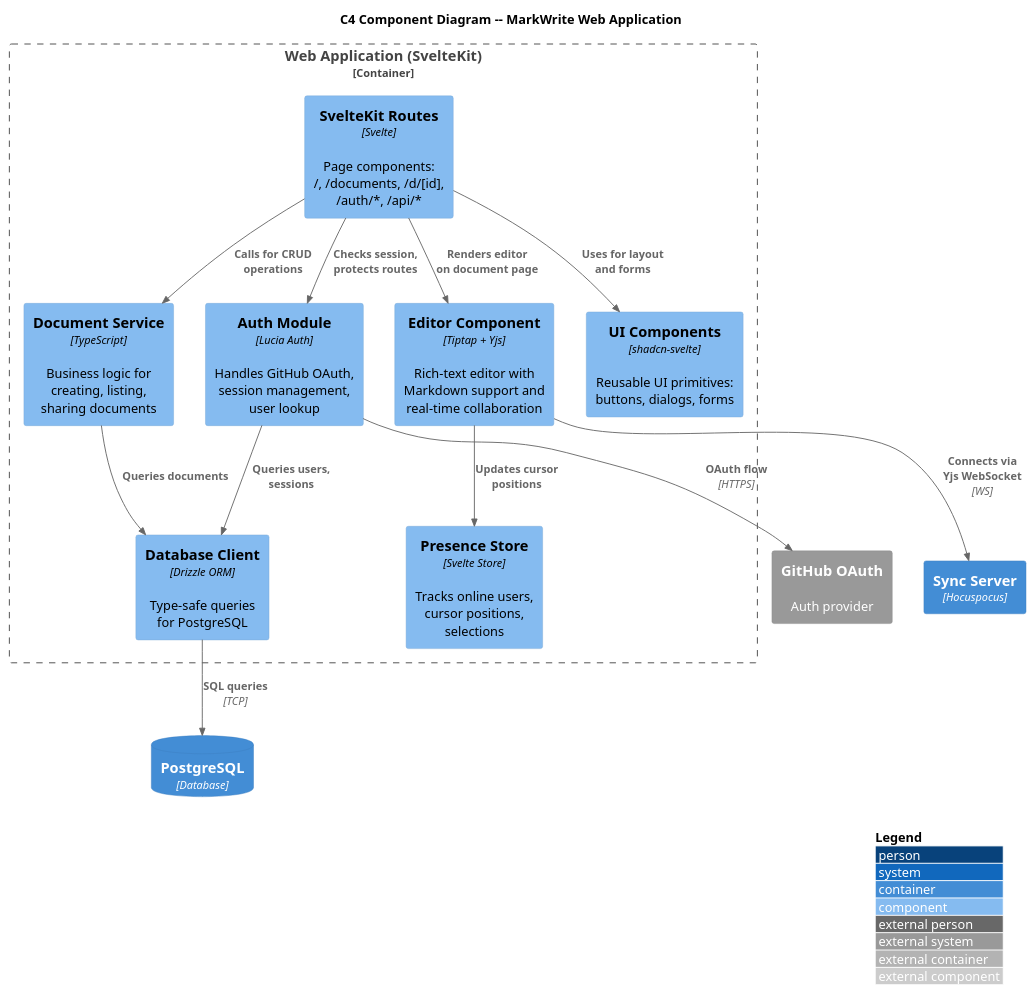
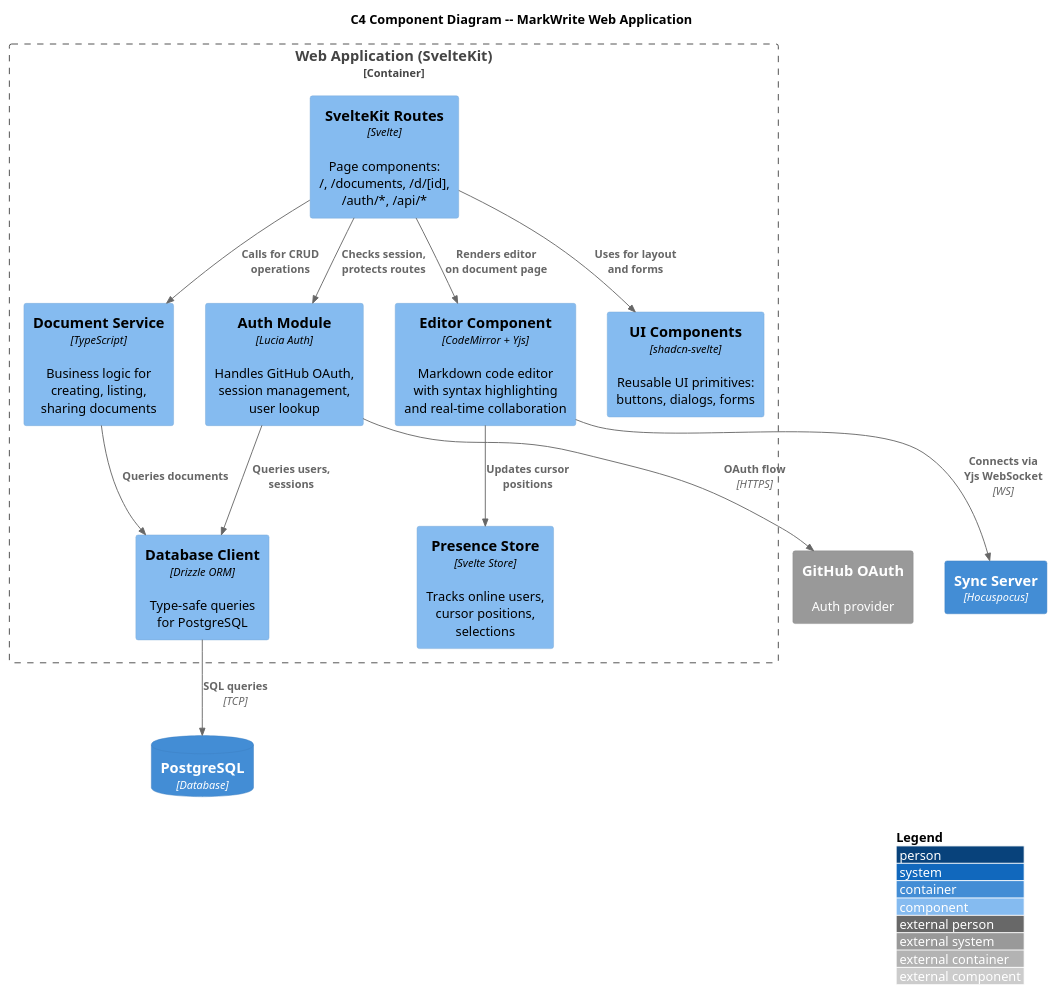
The diagram in docs/diagrams/c4_component_web.puml (AuraEG/markwrite), drawn with PlantUML before and after one commit. The commit also changed 2 other files, not shown here.

Commit message:
docs: update tech stack from Tiptap to CodeMirror
- Update project-spec.md with CodeMirror + marked stack
- Update C4 diagrams to reflect new editor architecture
- Update data flow documentation for current implementation

```diff
--- a/docs/diagrams/c4_component_web.puml
+++ b/docs/diagrams/c4_component_web.puml
@@ -1,44 +1,44 @@
 @startuml C4_Component_Web
 !include https://raw.githubusercontent.com/plantuml-stdlib/C4-PlantUML/master/C4_Component.puml
 
 LAYOUT_WITH_LEGEND()
 
 title C4 Component Diagram -- MarkWrite Web Application
 
 Container_Boundary(web_app, "Web Application (SvelteKit)") {
 
     Component(routes, "SvelteKit Routes", "Svelte", "Page components:\n/, /documents, /d/[id],\n/auth/*, /api/*")
 
     Component(auth_module, "Auth Module", "Lucia Auth", "Handles GitHub OAuth,\nsession management,\nuser lookup")
 
     Component(doc_service, "Document Service", "TypeScript", "Business logic for\ncreating, listing,\nsharing documents")
 
-    Component(editor_component, "Editor Component", "Tiptap + Yjs", "Rich-text editor with\nMarkdown support and\nreal-time collaboration")
+    Component(editor_component, "Editor Component", "CodeMirror + Yjs", "Markdown code editor\nwith syntax highlighting\nand real-time collaboration")
 
     Component(presence_store, "Presence Store", "Svelte Store", "Tracks online users,\ncursor positions,\nselections")
 
     Component(db_client, "Database Client", "Drizzle ORM", "Type-safe queries\nfor PostgreSQL")
 
     Component(ui_components, "UI Components", "shadcn-svelte", "Reusable UI primitives:\nbuttons, dialogs, forms")
 
 }
 
 ContainerDb(database, "PostgreSQL", "Database")
 
 Container(sync_server, "Sync Server", "Hocuspocus")
 
 System_Ext(github, "GitHub OAuth", "Auth provider")
 
 ' --- Relationships ---
 Rel(routes, auth_module, "Checks session,\nprotects routes")
 Rel(routes, doc_service, "Calls for CRUD\noperations")
 Rel(routes, editor_component, "Renders editor\non document page")
 Rel(routes, ui_components, "Uses for layout\nand forms")
 Rel(editor_component, presence_store, "Updates cursor\npositions")
 Rel(editor_component, sync_server, "Connects via\nYjs WebSocket", "WS")
 Rel(doc_service, db_client, "Queries documents")
 Rel(auth_module, db_client, "Queries users,\nsessions")
 Rel(auth_module, github, "OAuth flow", "HTTPS")
 Rel(db_client, database, "SQL queries", "TCP")
 
 @enduml
```
